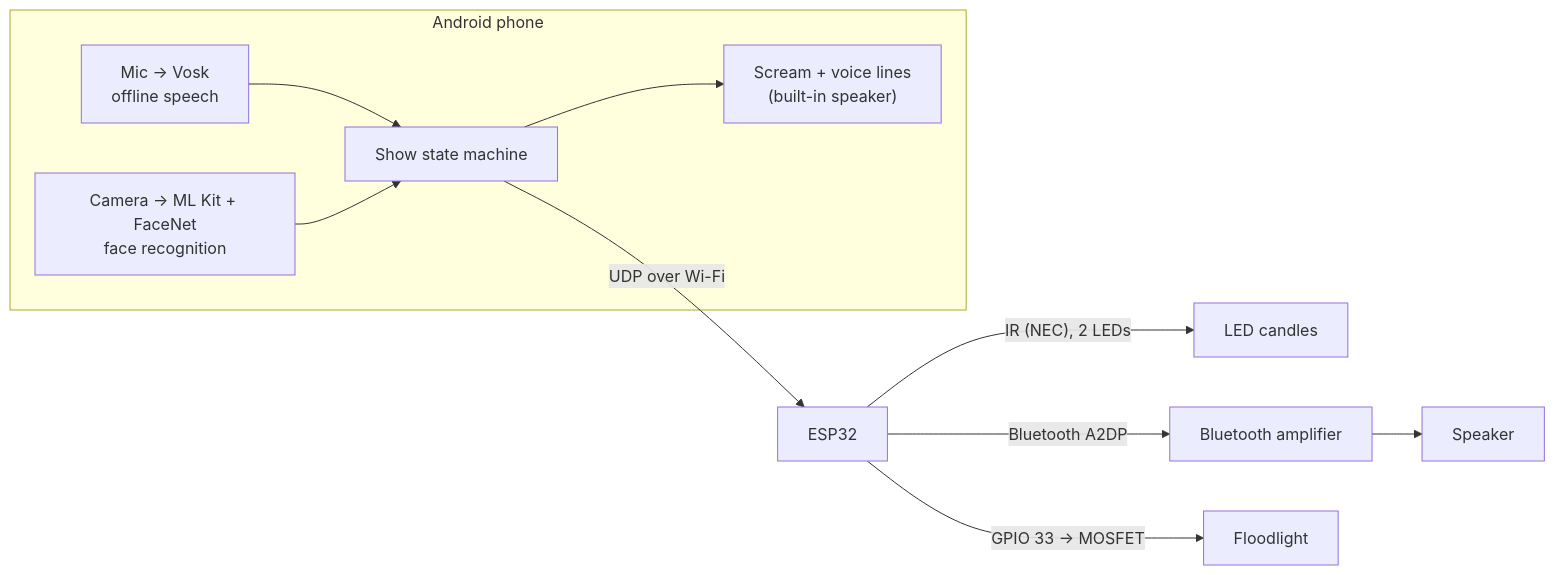
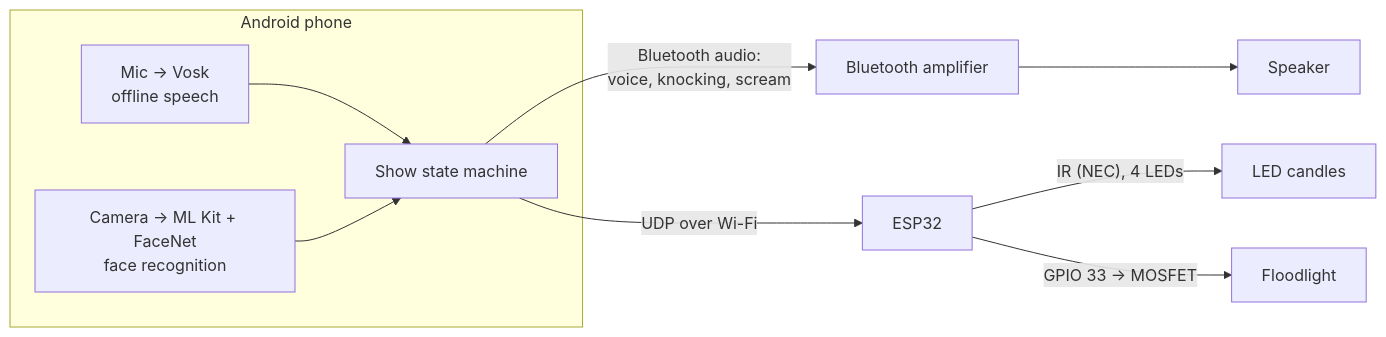
One commit to ryosep2/bloody-mary changed the diagram in README.md. Above: the diagram before and after it, drawn with Mermaid. The commit also changed other lines of this file and 28 other files, not shown here.

````diff
--- a/README.md
+++ b/README.md
@@ -26,12 +28,11 @@
 ```mermaid
 flowchart LR
     subgraph Phone["Android phone"]
         Mic["Mic → Vosk<br/>offline speech"] --> Show["Show state machine"]
         Cam["Camera → ML Kit + FaceNet<br/>face recognition"] --> Show
-        Show --> Scream["Scream + voice lines<br/>(built-in speaker)"]
     end
+    Show -- "Bluetooth audio:<br/>voice, knocking, scream" --> Amp["Bluetooth amplifier"] --> Speaker["Speaker"]
     Show -- "UDP over Wi-Fi" --> ESP["ESP32"]
-    ESP -- "IR (NEC), 2 LEDs" --> Candles["LED candles"]
-    ESP -- "Bluetooth A2DP" --> Amp["Bluetooth amplifier"] --> Speaker["Speaker"]
+    ESP -- "IR (NEC), 4 LEDs" --> Candles["LED candles"]
     ESP -- "GPIO 33 → MOSFET" --> Light["Floodlight"]
 ```
````
